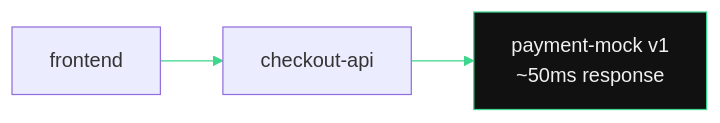
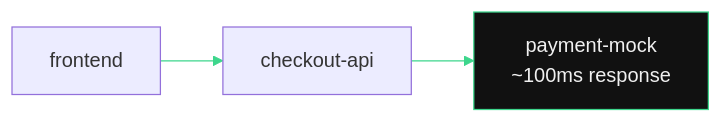
One commit to icediceice/Nutanix-NKP-Workshop changed the first of 3 diagrams in workshops/partner-intro/workshop/content/10-incident-scenario.md. Above: the diagram before and after it, drawn with Mermaid. The commit also changed other lines of this file and 7 other files, not shown here.

````diff
--- a/workshops/partner-intro/workshop/content/10-incident-scenario.md
+++ b/workshops/partner-intro/workshop/content/10-incident-scenario.md
@@ -13,8 +15,8 @@
 ```mermaid
 graph LR
     FE["frontend"] --> CO["checkout-api"]
-    CO --> PAY["payment-mock v1<br/>~50ms response"]
+    CO --> PAY["payment-mock<br/>~100ms response"]
     linkStyle 0 stroke:#3DD68C
     linkStyle 1 stroke:#3DD68C
     style PAY fill:#111,stroke:#3DD68C,color:#F0F0F0
 ```
````
